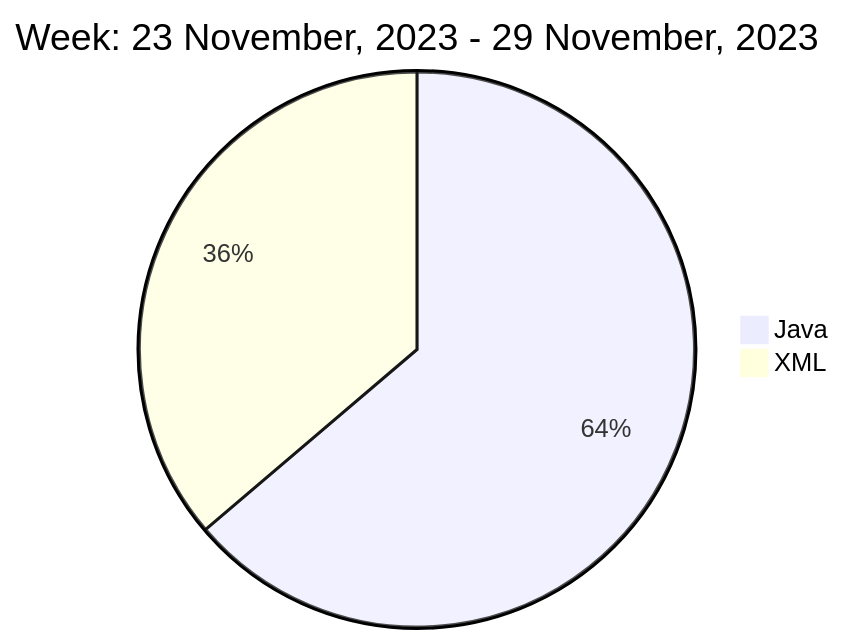
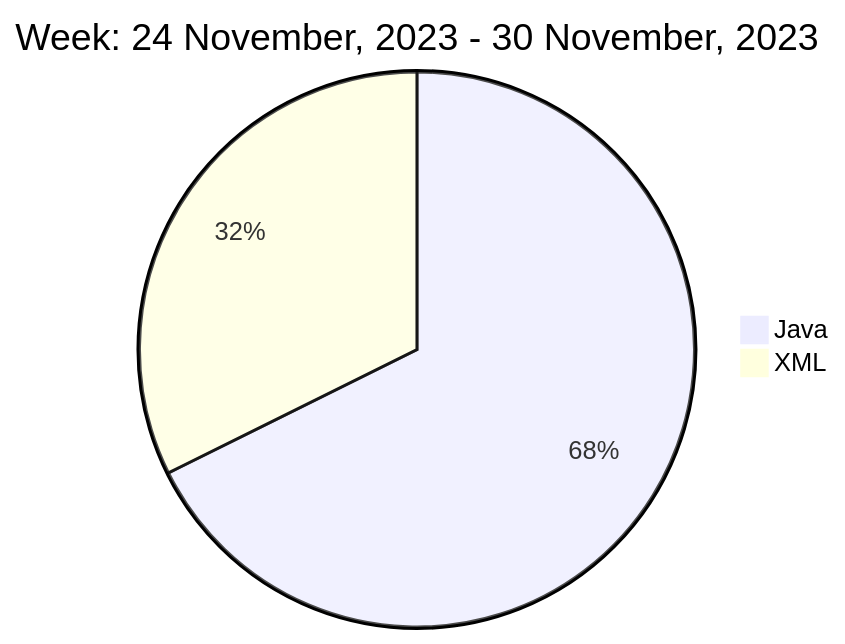
The diagram in README.md (liubin95/liubin95), drawn with Mermaid before and after one commit.

Commit message:
Updated the Graph with new Metrics

````diff
--- a/README.md
+++ b/README.md
@@ -37,6 +37,6 @@
 ```mermaid
  pie
-title Week: 23 November, 2023 - 29 November, 2023
- "Java" : 3.75
- "XML" : 2.13
+title Week: 24 November, 2023 - 30 November, 2023
+ "Java" : 4.98
+ "XML" : 2.38
 ```
````
